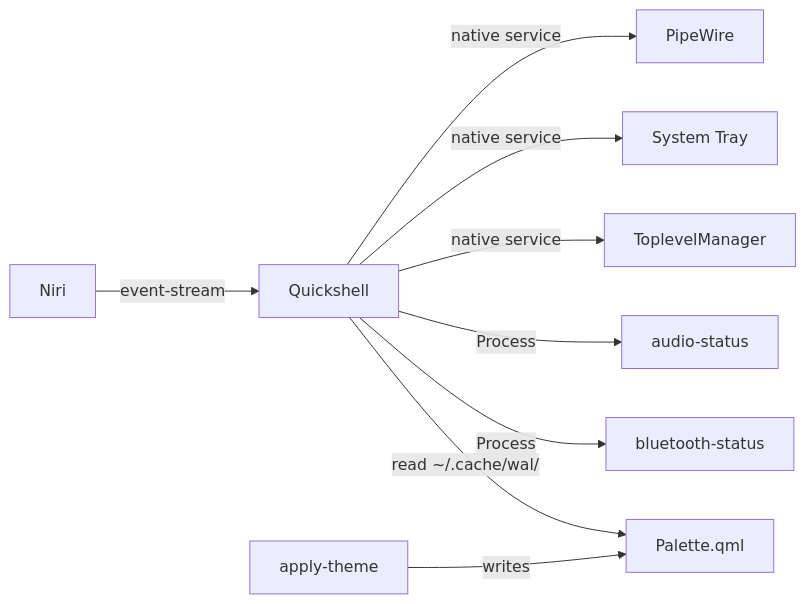
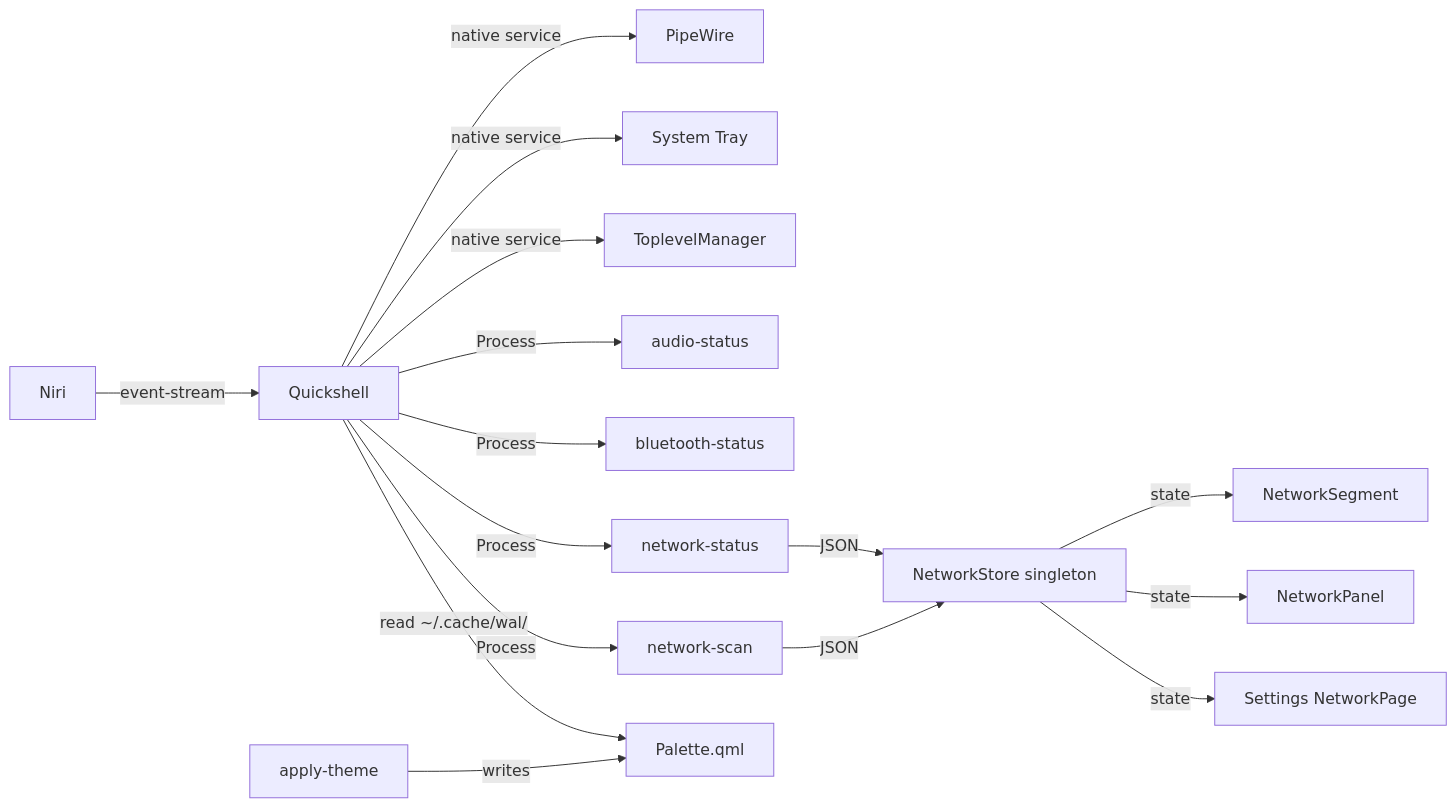
The second of 2 diagrams in docs/dev-vault/Packages/Quickshell.md (Lunga93/dotfiles), drawn with Mermaid before and after one commit. The commit also changed other lines of this file and 1 other file, not shown here.

Commit message:
docs(quickshell): document network store, panel IPC, and test counts

````diff
--- a/docs/dev-vault/Packages/Quickshell.md
+++ b/docs/dev-vault/Packages/Quickshell.md
@@ -84,11 +84,18 @@
 ```mermaid
 graph LR
     QS[Quickshell] -->|native service| PW[PipeWire]
     QS -->|native service| ST[System Tray]
     QS -->|native service| WM[ToplevelManager]
     QS -->|Process| AS[audio-status]
     QS -->|Process| BS[bluetooth-status]
+    QS -->|Process| NS[network-status]
+    QS -->|Process| SC[network-scan]
+    NS -->|JSON| NSTORE[NetworkStore singleton]
+    SC -->|JSON| NSTORE
+    NSTORE -->|state| SEG[NetworkSegment]
+    NSTORE -->|state| PANEL[NetworkPanel]
+    NSTORE -->|state| PAGE[Settings NetworkPage]
     QS -->|read ~/.cache/wal/| PL[Palette.qml]
     NI[Niri] -->|event-stream| QS
     AT[apply-theme] -->|writes| PL
 ```
````
